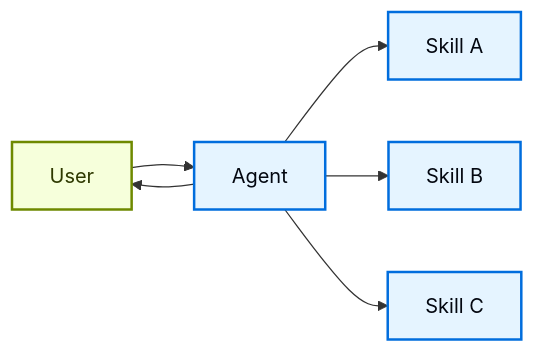
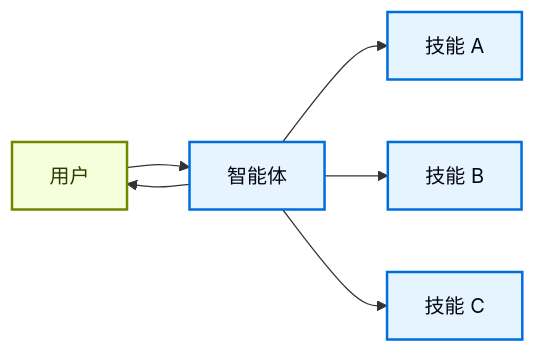
Before and after one commit to CodeFly16/langchain-cn-doc: the diagram in oss/javascript/langchain/multi-agent/skills.mdx, drawn with Mermaid. The commit also changed other lines of this file and 106 other files, not shown here.

````diff
--- a/oss/javascript/langchain/multi-agent/skills.mdx
+++ b/oss/javascript/langchain/multi-agent/skills.mdx
@@ -14,14 +14,14 @@
 ```mermaid
 graph LR
-    A[User] --> B[Agent]
-    B --> C[Skill A]
-    B --> D[Skill B]
-    B --> E[Skill C]
+    A[用户] --> B[智能体]
+    B --> C[技能 A]
+    B --> D[技能 B]
+    B --> E[技能 C]
     B --> A
 
     classDef trigger fill:#F6FFDB,stroke:#6E8900,stroke-width:2px,color:#2E3900
     classDef process fill:#E5F4FF,stroke:#006DDD,stroke-width:2px,color:#030710
 
     class A trigger
     class B,C,D,E process
 ```
````
